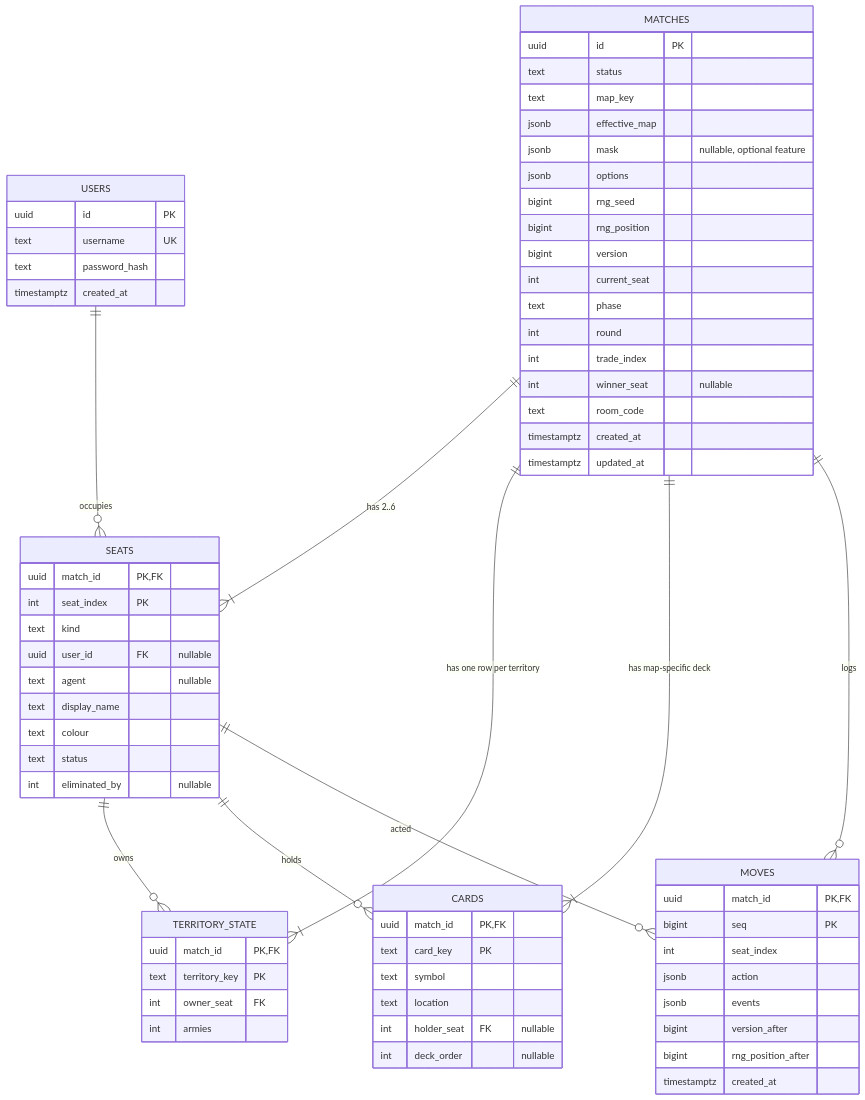
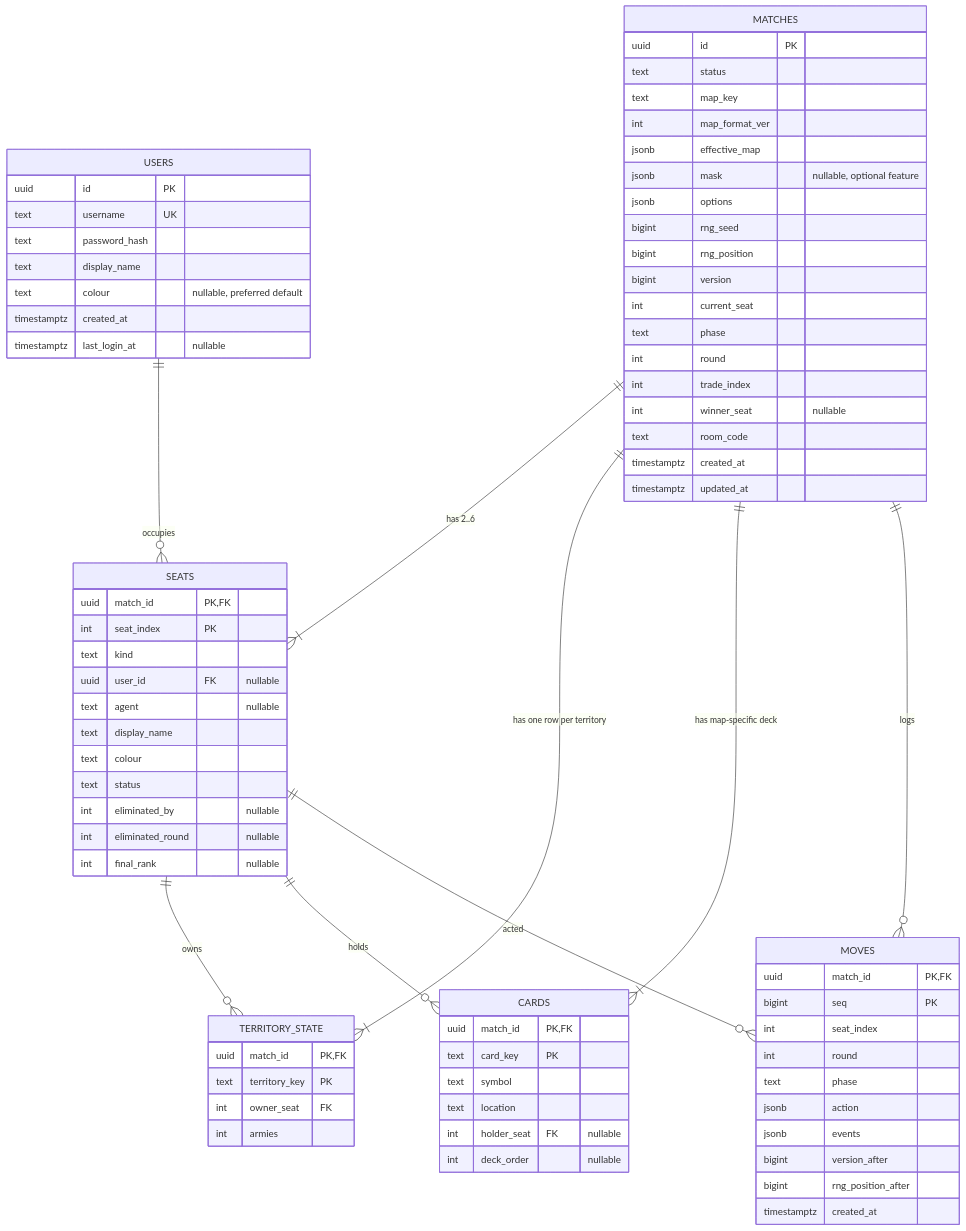
The diagram in docs/06-database-design.md (MujtabaNite/Order_And_Conquest), drawn with Mermaid before and after one commit. The commit also changed 193 other files, not shown here.

```diff
--- a/docs/06-database-design.md
+++ b/docs/06-database-design.md
@@ -43,13 +43,17 @@
         uuid id PK
         text username UK
         text password_hash
+        text display_name
+        text colour "nullable, preferred default"
         timestamptz created_at
+        timestamptz last_login_at "nullable"
     }
 
     MATCHES {
         uuid id PK
         text status
         text map_key
+        int map_format_ver
         jsonb effective_map
         jsonb mask "nullable, optional feature"
         jsonb options
@@ -76,6 +80,8 @@
         text colour
         text status
         int eliminated_by "nullable"
+        int eliminated_round "nullable"
+        int final_rank "nullable"
     }
 
     TERRITORY_STATE {
@@ -98,6 +104,8 @@
         uuid match_id PK, FK
         bigint seq PK
         int seat_index
+        int round
+        text phase
         jsonb action
         jsonb events
         bigint version_after
```
